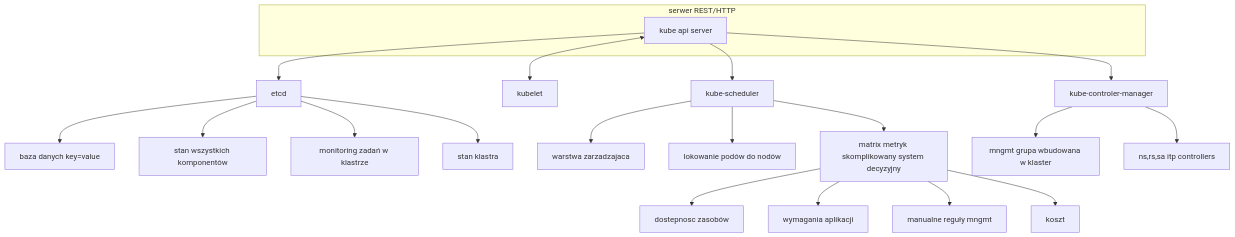
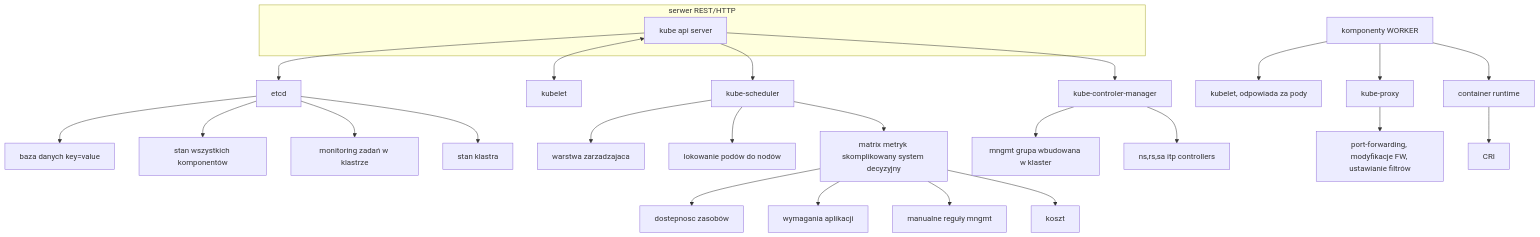
One commit to DanyAAD90/k8s_understanding changed the diagram in README.md. Above: the diagram before and after it, drawn with Mermaid.

````diff
--- a/README.md
+++ b/README.md
@@ -4,23 +4,27 @@
 ```mermaid
 flowchart TD
 A[kube api server] --> B[etcd]
 A <--> C[kubelet]
 B --> D[baza danych key=value]
 B --> E[stan wszystkich komponentów]
 B --> F[monitoring zadań w klastrze]
 B --> G[stan klastra]
 A --> H[kube-scheduler]
 H --> I[warstwa zarzadzajaca]
 H --> J[lokowanie podów do nodów]
 H --> K[matrix metryk skomplikowany system decyzyjny]
 K --> L[dostepnosc zasobów]
 K --> M[wymagania aplikacji]
 K --> N[manualne reguły mngmt]
 K --> O[koszt]
 A --> P[kube-controler-manager]
 P --> R[mngmt grupa wbudowana w klaster]
 P --> S[ns,rs,sa itp controllers]
 subgraph serwer REST/HTTP
 A
 end
+AA[komponenty WORKER] --> AB[kubelet, odpowiada za pody]
+AA --> AC[kube-proxy]
+AC --> AD[port-forwarding, modyfikacje FW, ustawianie filtrów]
+AA --> AE[container runtime] --> AF[CRI]
 ```
````
